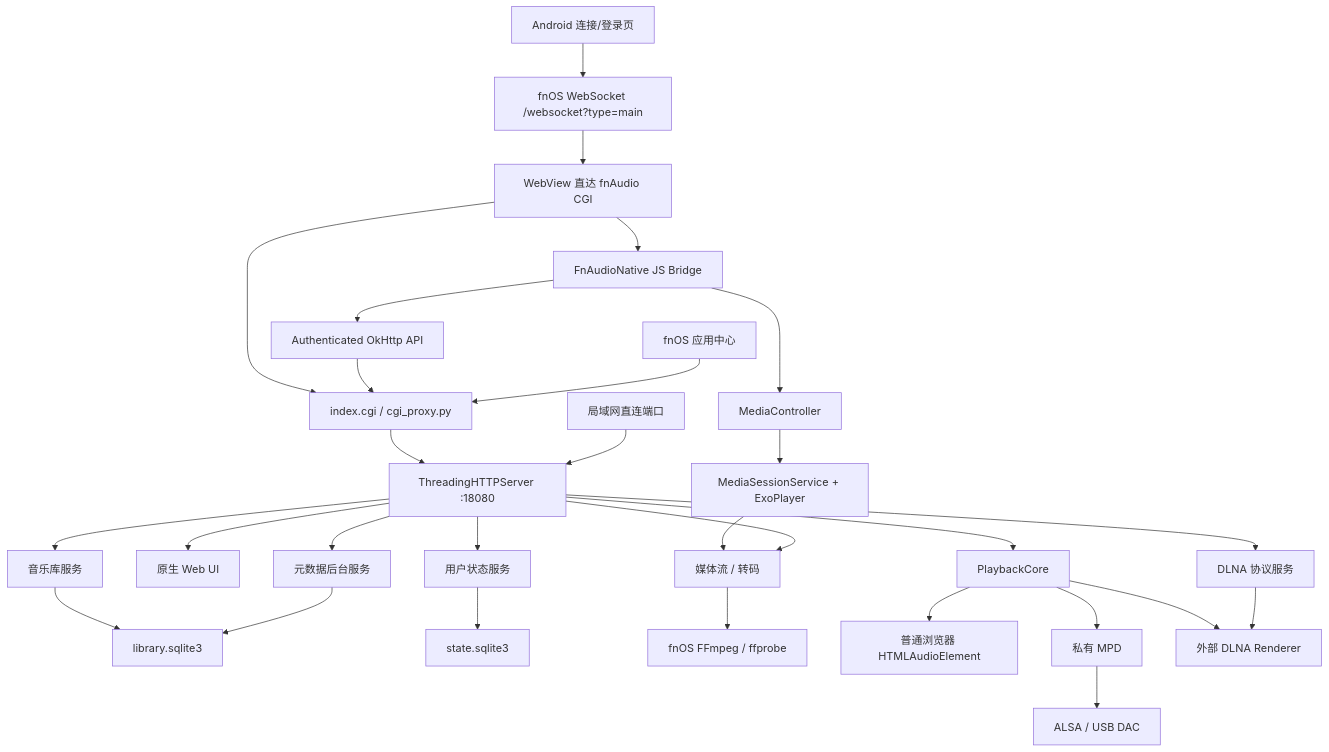
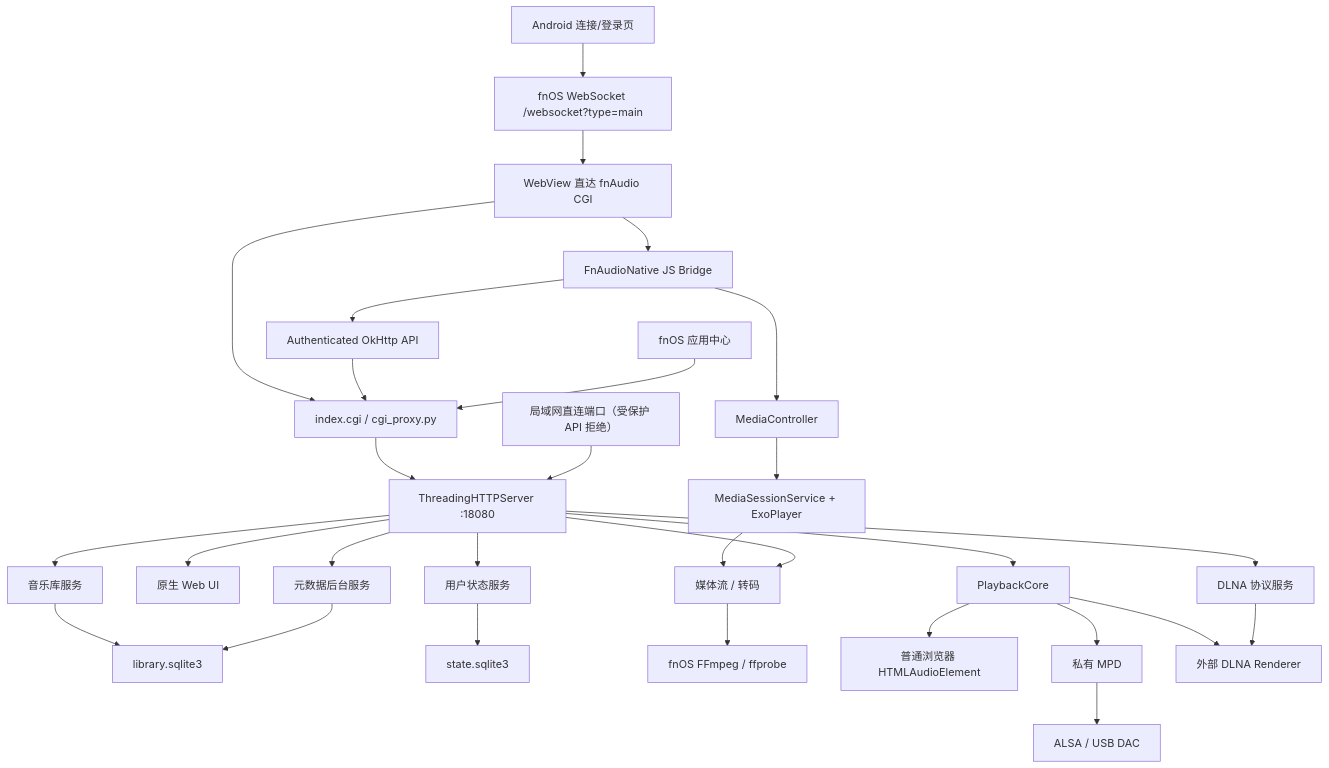
The diagram in ARCHITECTURE.md (vinson023/fnaudio), drawn with Mermaid before and after one commit. The commit also changed other lines of this file and 211 other files, not shown here.

````diff
--- a/ARCHITECTURE.md
+++ b/ARCHITECTURE.md
@@ -21,35 +21,35 @@
 ```mermaid
 flowchart TD
     LOGIN["Android 连接/登录页"] --> WS["fnOS WebSocket /websocket?type=main"]
     WS --> WEBVIEW["WebView 直达 fnAudio CGI"]
     WEBVIEW --> CGI
     WEBVIEW --> BRIDGE["FnAudioNative JS Bridge"]
     BRIDGE --> AUTHHTTP["Authenticated OkHttp API"]
     AUTHHTTP --> CGI
     BRIDGE --> CONTROLLER["MediaController"]
     CONTROLLER --> SERVICE["MediaSessionService + ExoPlayer"]
     SERVICE --> MEDIA
 
     FNOS["fnOS 应用中心"] --> CGI["index.cgi / cgi_proxy.py"]
     CGI --> HTTP["ThreadingHTTPServer :18080"]
-    DIRECT["局域网直连端口"] --> HTTP
+    DIRECT["局域网直连端口（受保护 API 拒绝）"] --> HTTP
 
     HTTP --> UI["原生 Web UI"]
     HTTP --> LIB["音乐库服务"]
     HTTP --> CORE["PlaybackCore"]
     HTTP --> DLNA["DLNA 协议服务"]
     HTTP --> META["元数据后台服务"]
     HTTP --> STATE["用户状态服务"]
     HTTP --> MEDIA["媒体流 / 转码"]
 
     LIB --> DB["library.sqlite3"]
     META --> DB
     STATE --> SDB["state.sqlite3"]
     MEDIA --> FFMPEG["fnOS FFmpeg / ffprobe"]
 
     CORE --> BROWSER["普通浏览器 HTMLAudioElement"]
     CORE --> MPD["私有 MPD"]
     MPD --> ALSA["ALSA / USB DAC"]
     CORE --> EXTERNAL["外部 DLNA Renderer"]
     DLNA --> EXTERNAL
 ```
````
